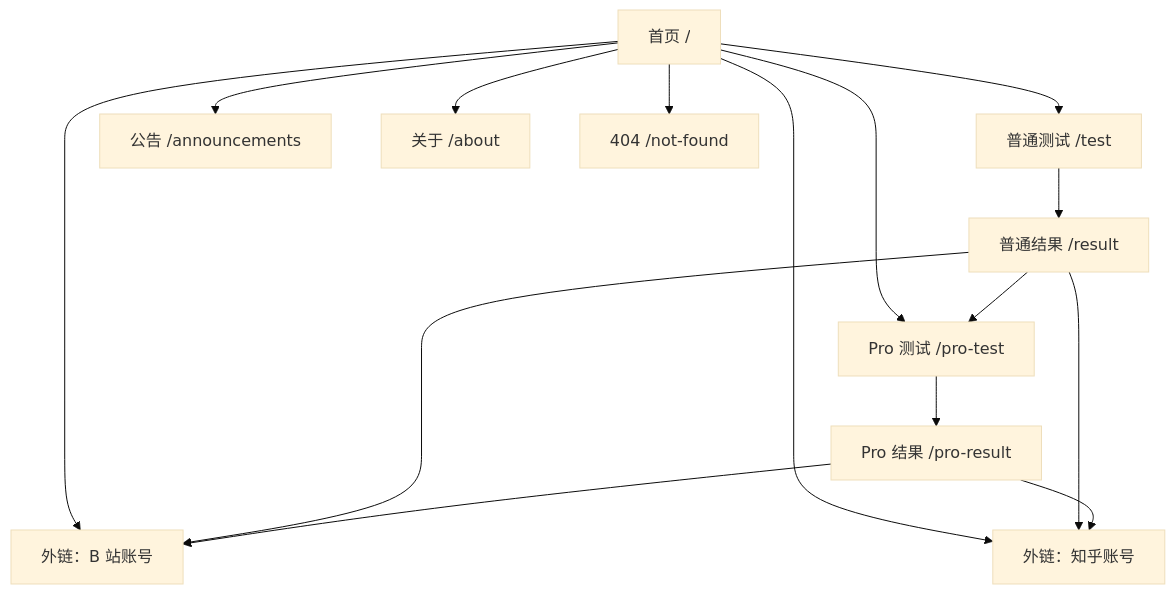
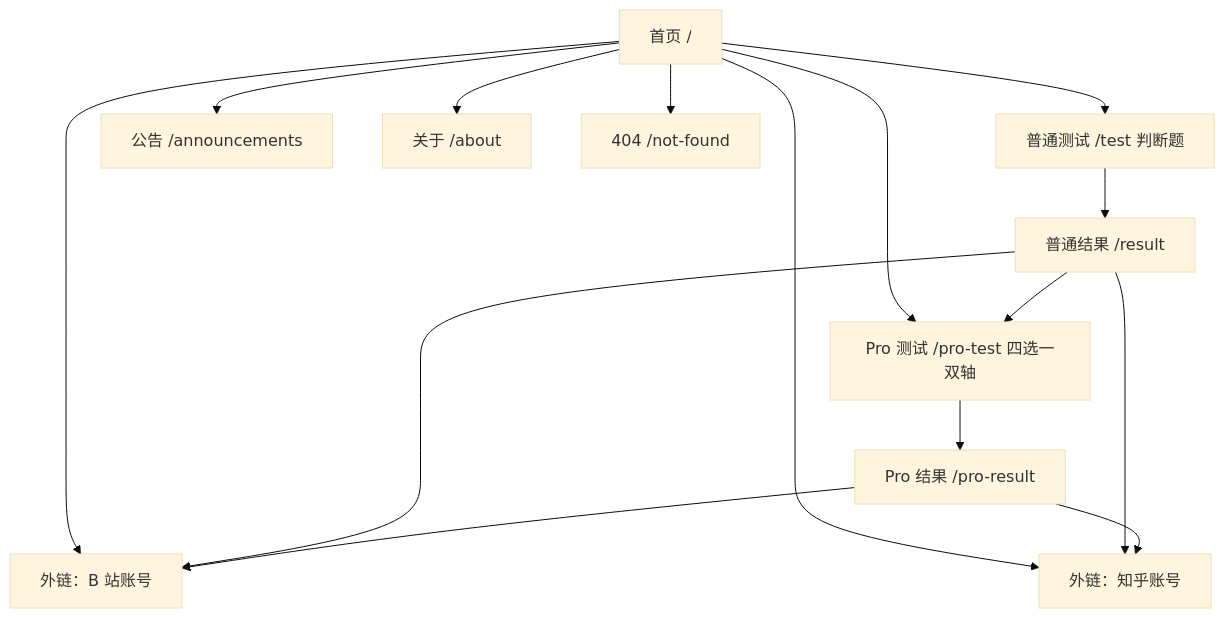
One commit to hzy029/mingfenti changed the first of 2 diagrams in docs/架构/sbti-ai-requirements-design.md. Above: the diagram before and after it, drawn with Mermaid (base theme). The commit also changed other lines of this file and 195 other files, not shown here.

````diff
--- a/docs/架构/sbti-ai-requirements-design.md
+++ b/docs/架构/sbti-ai-requirements-design.md
@@ -67,17 +73,17 @@
 ```mermaid
 flowchart TD
-  A["首页 /"] --> B["普通测试 /test"]
-  A --> C["Pro 测试 /pro-test"]
+  A["首页 /"] --> B["普通测试 /test 判断题"]
+  A --> C["Pro 测试 /pro-test 四选一双轴"]
   A --> D["公告 /announcements"]
   A --> E["关于 /about"]
   A --> F["外链：B 站账号"]
   A --> G["外链：知乎账号"]
   B --> H["普通结果 /result"]
   C --> I["Pro 结果 /pro-result"]
   H --> C
   H --> F
   H --> G
   I --> F
   I --> G
   A --> J["404 /not-found"]
 ```
````
